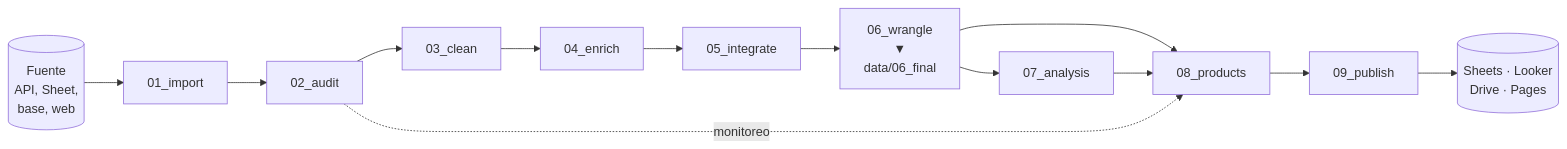
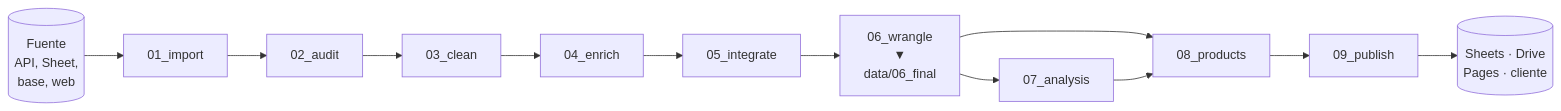
The second of 2 diagrams in README.md (piero-valles-maravi/dataops-blueprint), drawn with Mermaid before and after one commit. The commit also changed other lines of this file and 37 other files, not shown here.

````diff
--- a/README.md
+++ b/README.md
@@ -50,15 +73,14 @@
 ```mermaid
 flowchart LR
     SRC[("Fuente<br/>API, Sheet,<br/>base, web")] --> IMP["01_import"]
     IMP --> AUD["02_audit"]
     AUD --> CLN["03_clean"]
     CLN --> ENR["04_enrich"]
     ENR --> INT["05_integrate"]
     INT --> WRG["06_wrangle<br/>▼<br/>data/06_final"]
     WRG --> ANA["07_analysis"]
     WRG --> PRD["08_products"]
     ANA --> PRD
-    AUD -. monitoreo .-> PRD
     PRD --> PUB["09_publish"]
-    PUB --> DEST[("Sheets · Looker<br/>Drive · Pages")]
+    PUB --> DEST[("Sheets · Drive<br/>Pages · cliente")]
 ```
````
